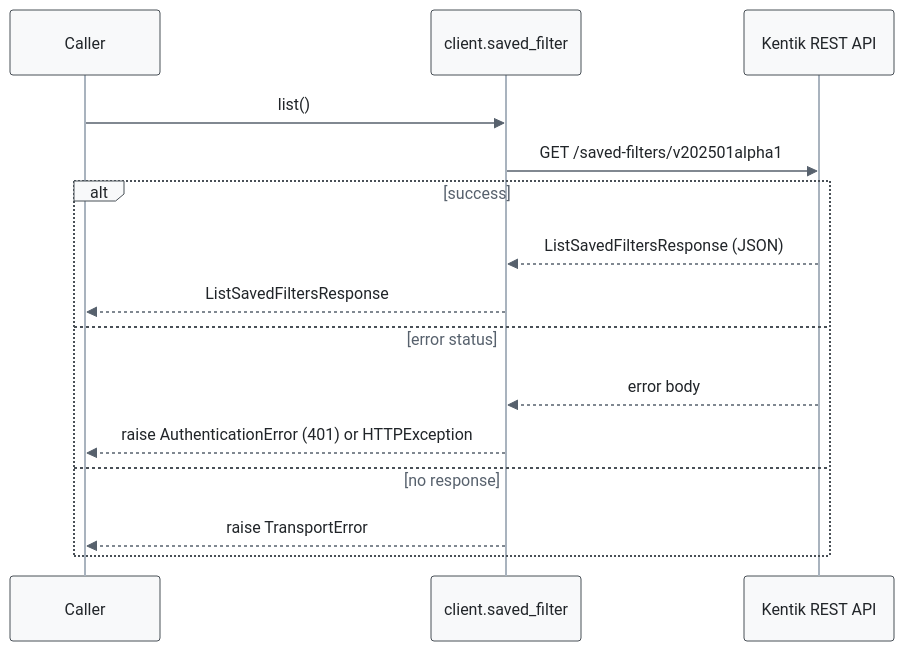
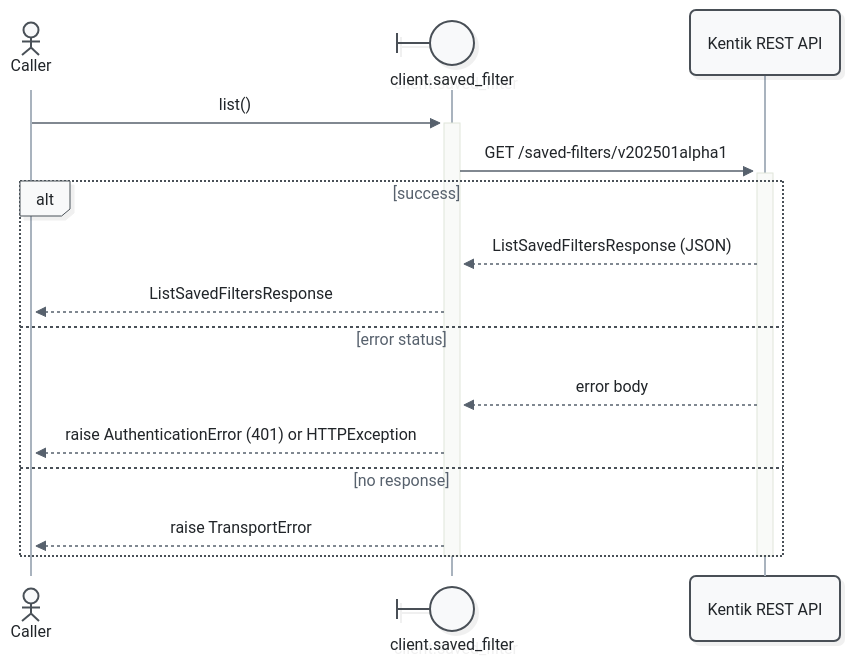
One commit to alexdearaujo/community_sdk_python changed the ninth of 13 diagrams in docs/sphinx/services/saved_filter.md. Above: the diagram before and after it, drawn with Mermaid. The commit also changed other lines of this file and 52 other files, not shown here.

First line of the commit message:
docs: Mermaid 12 sequence diagrams with participant types and path colors

````diff
--- a/docs/sphinx/services/saved_filter.md
+++ b/docs/sphinx/services/saved_filter.md
@@ -349,19 +369,21 @@
 ```mermaid
-%%{init: {"theme": "base", "fontFamily": "ui-monospace, SFMono-Regular, Menlo, monospace", "themeVariables": {"fontFamily": "ui-monospace, SFMono-Regular, Menlo, monospace", "primaryColor": "#f8f9fa", "primaryBorderColor": "#495057", "primaryTextColor": "#212529", "textColor": "#212529", "lineColor": "#77818c", "edgeLabelBackground": "#ffffff", "actorBkg": "#f8f9fa", "actorBorder": "#495057", "actorTextColor": "#212529", "actorLineColor": "#a9b3be", "signalColor": "#57616d", "signalTextColor": "#212529", "labelBoxBkgColor": "#f8f9fa", "labelBoxBorderColor": "#495057", "labelTextColor": "#212529", "loopTextColor": "#57616d", "noteBkgColor": "#fff9db", "noteBorderColor": "#f08c00", "noteTextColor": "#a35a00"}, "flowchart": {"curve": "step", "nodeSpacing": 30, "rankSpacing": 70, "wrappingWidth": 400}}}%%
+%%{init: {"theme": "redux", "look": "neo", "layout": "dagre", "fontFamily": "ui-monospace, SFMono-Regular, Menlo, monospace", "themeVariables": {"fontFamily": "ui-monospace, SFMono-Regular, Menlo, monospace", "primaryColor": "#f8f9fa", "primaryBorderColor": "#495057", "primaryTextColor": "#212529", "textColor": "#212529", "lineColor": "#77818c", "edgeLabelBackground": "#ffffff", "actorBkg": "#f8f9fa", "actorBorder": "#495057", "actorTextColor": "#212529", "actorLineColor": "#a9b3be", "signalColor": "#57616d", "signalTextColor": "#212529", "labelBoxBkgColor": "#f8f9fa", "labelBoxBorderColor": "#495057", "labelTextColor": "#212529", "loopTextColor": "#57616d", "noteBkgColor": "#fff9db", "noteBorderColor": "#f08c00", "noteTextColor": "#a35a00"}, "sequence": {"activationWidth": 16}, "flowchart": {"curve": "step", "nodeSpacing": 30, "rankSpacing": 70, "wrappingWidth": 400}}}%%
 sequenceDiagram
-    participant C as Caller
-    participant W as client.saved_filter
+    actor C as Caller
+    participant W@{ "type": "boundary" } as client.saved_filter
     participant API as Kentik REST API
 
-    C->>W: list()
-    W->>API: GET /saved-filters/v202501alpha1
+    C->>+W: list()
+    W->>+API: GET /saved-filters/v202501alpha1
     alt success
         API-->>W: ListSavedFiltersResponse (JSON)
         W-->>C: ListSavedFiltersResponse
     else error status
         API-->>W: error body
         W-->>C: raise AuthenticationError (401) or HTTPException
     else no response
         W-->>C: raise TransportError
     end
+    deactivate API
+    deactivate W
 ```
````
